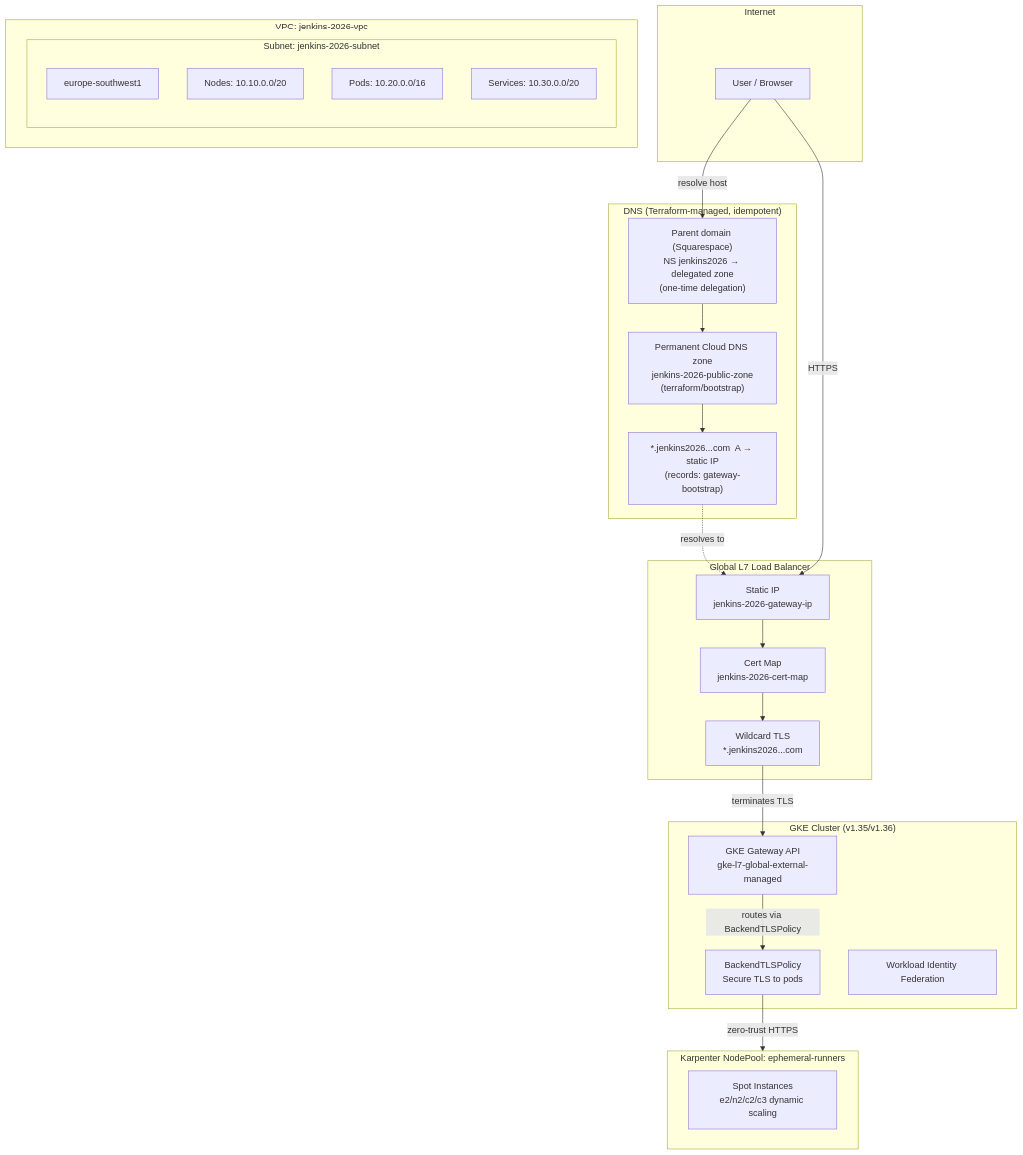
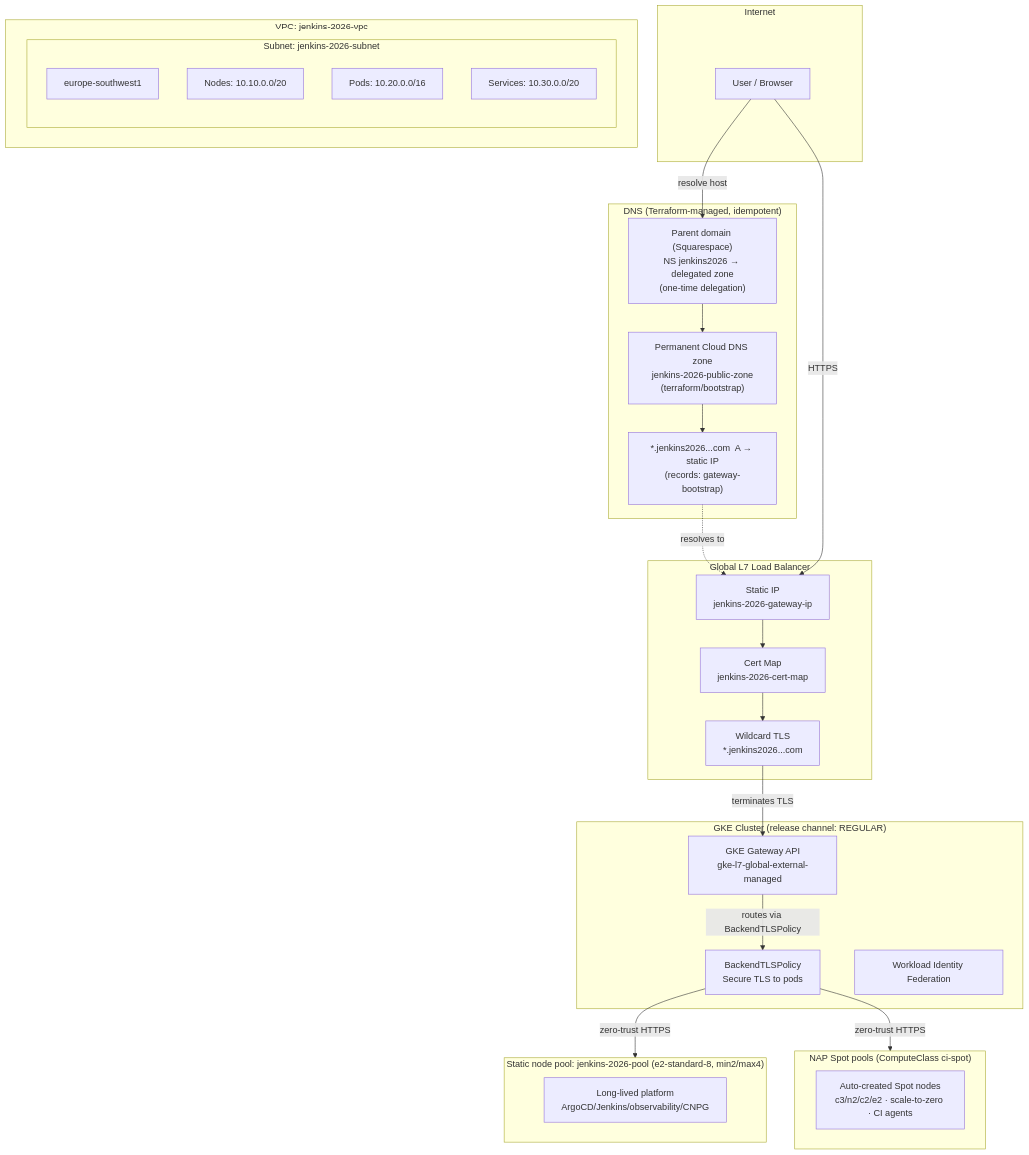
One commit to nubenetes/jenkins-2026 changed diagram 11 of 11 in docs/201-ARCHITECTURE.md. Above: the diagram before and after it, drawn with Mermaid. The commit also changed other lines of this file and 21 other files, not shown here.

````diff
--- a/docs/201-ARCHITECTURE.md
+++ b/docs/201-ARCHITECTURE.md
@@ -867,47 +867,52 @@
 ```mermaid
 graph TD
     subgraph Internet ["Internet"]
         User["User / Browser"]
     end
 
     subgraph DNS ["DNS (Terraform-managed, idempotent)"]
         ParentNS["Parent domain (Squarespace)<br/>NS jenkins2026 → delegated zone<br/>(one-time delegation)"]
         Zone["Permanent Cloud DNS zone<br/>jenkins-2026-public-zone<br/>(terraform/bootstrap)"]
         WildcardA["*.jenkins2026...com  A → static IP<br/>(records: gateway-bootstrap)"]
         ParentNS --> Zone --> WildcardA
     end
 
     subgraph GlobalLB ["Global L7 Load Balancer"]
         StaticIP["Static IP<br>jenkins-2026-gateway-ip"]
         CertMap["Cert Map<br>jenkins-2026-cert-map"]
         WildcardTLS["Wildcard TLS<br>*.jenkins2026...com"]
     end
 
     subgraph VPC ["VPC: jenkins-2026-vpc"]
         subgraph Subnet ["Subnet: jenkins-2026-subnet"]
             SubnetInfo["europe-southwest1"]
             NodeRange["Nodes: 10.10.0.0/20"]
             PodRange["Pods: 10.20.0.0/16"]
             SvcRange["Services: 10.30.0.0/20"]
         end
     end
 
-    subgraph Cluster ["GKE Cluster (v1.35/v1.36)"]
+    subgraph Cluster ["GKE Cluster (release channel: REGULAR)"]
         GatewayAPI["GKE Gateway API<br/>gke-l7-global-external-managed"]
         BackendTLS["BackendTLSPolicy<br/>Secure TLS to pods"]
         WI["Workload Identity Federation"]
     end
 
-    subgraph KarpenterPool ["Karpenter NodePool: ephemeral-runners"]
-        PoolInfo["Spot Instances<br/>e2/n2/c2/c3 dynamic scaling"]
+    subgraph StaticPool ["Static node pool: jenkins-2026-pool (e2-standard-8, min2/max4)"]
+        StaticInfo["Long-lived platform<br/>ArgoCD/Jenkins/observability/CNPG"]
+    end
+
+    subgraph NAPSpotPool ["NAP Spot pools (ComputeClass ci-spot)"]
+        PoolInfo["Auto-created Spot nodes<br/>c3/n2/c2/e2 · scale-to-zero · CI agents"]
     end
 
     User -->|"resolve host"| ParentNS
     WildcardA -.->|"resolves to"| StaticIP
     User -->|"HTTPS"| StaticIP
     StaticIP --> CertMap
     CertMap --> WildcardTLS
     WildcardTLS -->|"terminates TLS"| GatewayAPI
     GatewayAPI -->|"routes via BackendTLSPolicy"| BackendTLS
-    BackendTLS -->|"zero-trust HTTPS"| KarpenterPool
+    BackendTLS -->|"zero-trust HTTPS"| StaticPool
+    BackendTLS -->|"zero-trust HTTPS"| NAPSpotPool
 ```
````
